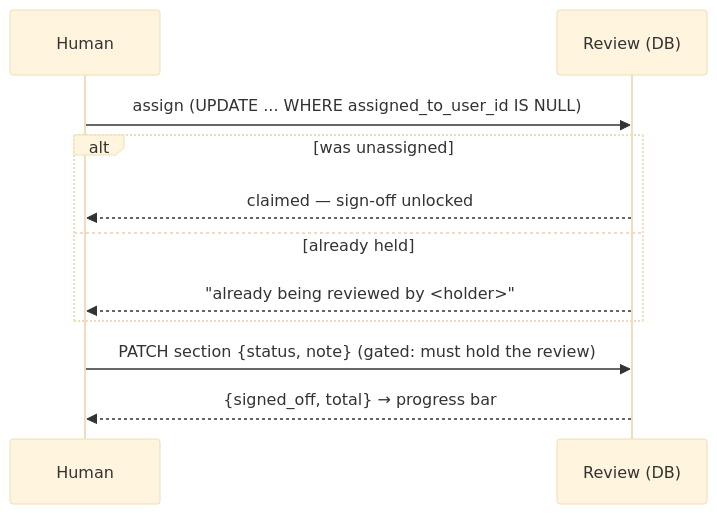
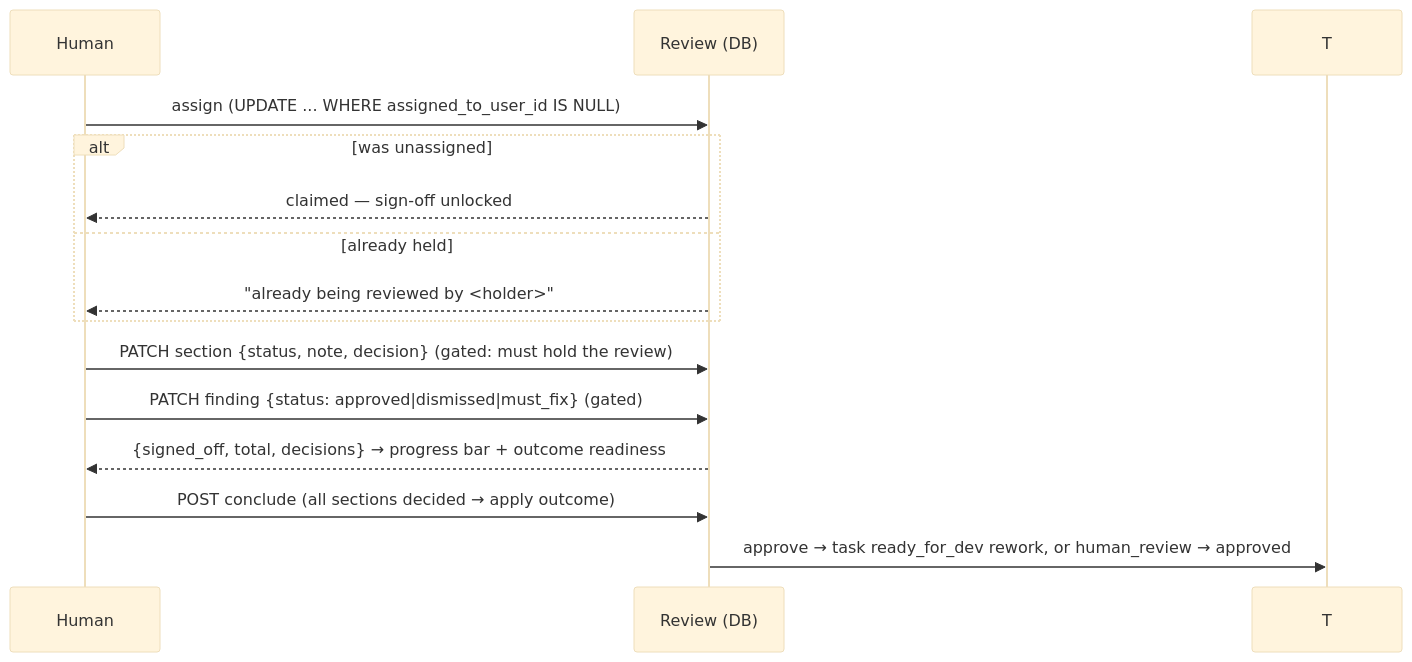
Before and after one commit to tetrixdev/lodestar: the second of 3 diagrams in docs/ARCHITECTURE.md, drawn with Mermaid (base theme). The commit also changed other lines of this file and 10 other files, not shown here.

First line of the commit message:
feat(1.0): full review logic — AI findings, per-section decisions, outcome drives lifecycle

````diff
--- a/docs/ARCHITECTURE.md
+++ b/docs/ARCHITECTURE.md
@@ -119,13 +119,16 @@
 ```mermaid
 sequenceDiagram
     participant H as Human
     participant R as Review (DB)
     H->>R: assign  (UPDATE ... WHERE assigned_to_user_id IS NULL)
     alt was unassigned
         R-->>H: claimed — sign-off unlocked
     else already held
         R-->>H: "already being reviewed by <holder>"
     end
-    H->>R: PATCH section {status, note}  (gated: must hold the review)
-    R-->>H: {signed_off, total}  → progress bar
+    H->>R: PATCH section {status, note, decision}  (gated: must hold the review)
+    H->>R: PATCH finding {status: approved|dismissed|must_fix}  (gated)
+    R-->>H: {signed_off, total, decisions}  → progress bar + outcome readiness
+    H->>R: POST conclude  (all sections decided → apply outcome)
+    R->>T: approve → task ready_for_dev rework, or human_review → approved
 ```
````
